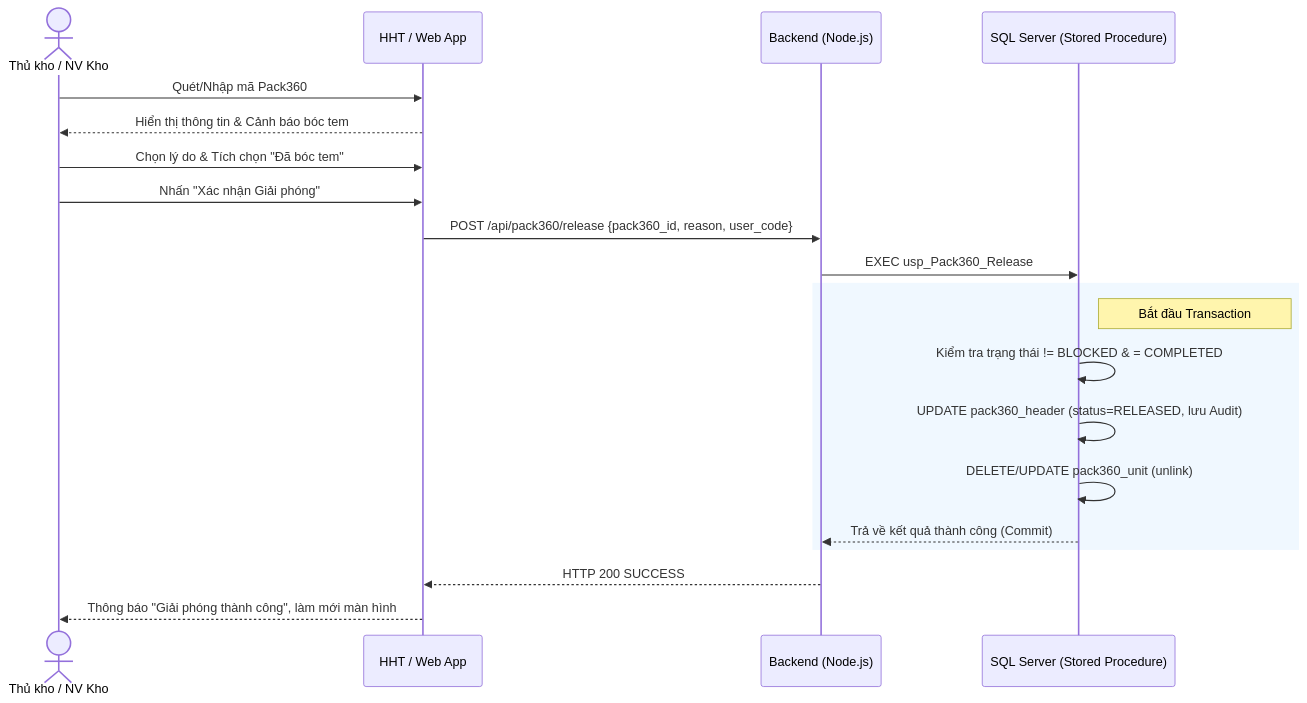
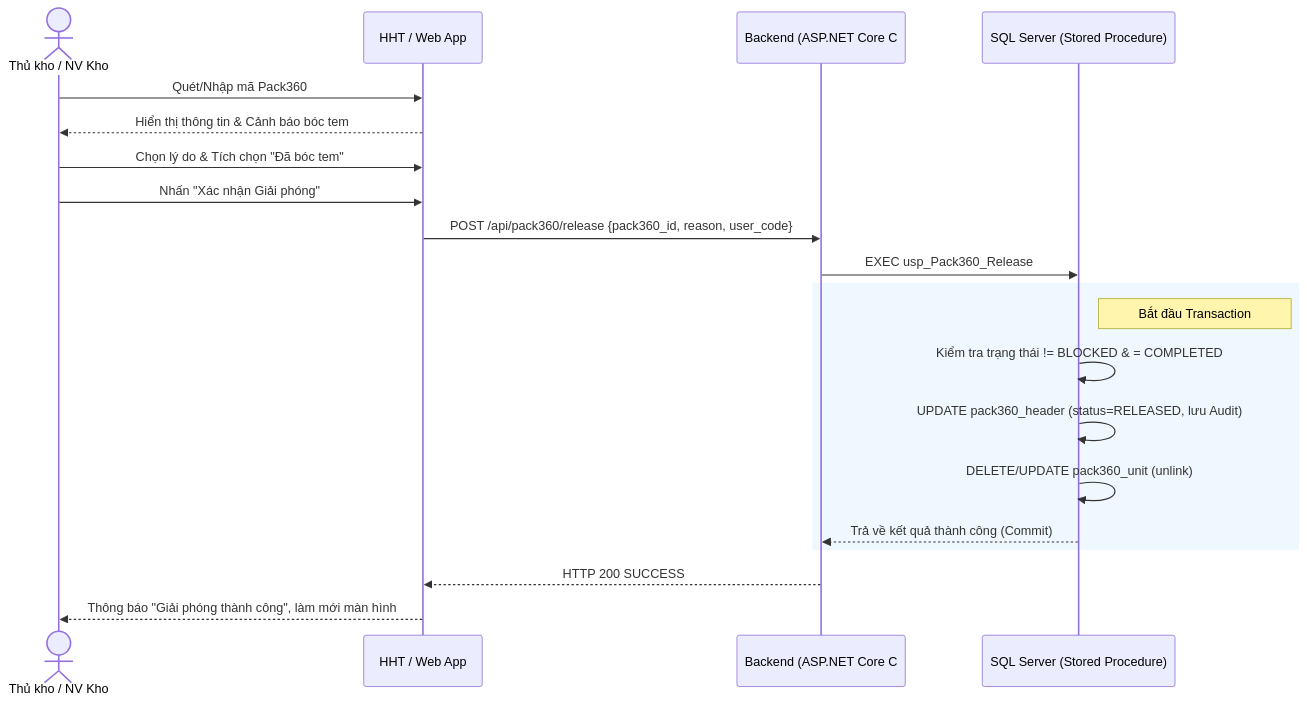
Before and after one commit to Sohoa-KNSG/wms1: the second of 2 diagrams in 02_Process_UseCase/UC08_Release_Pack360.md, drawn with Mermaid. The commit also changed 13 other files, not shown here.

Commit message:
docs: Cập nhật tài liệu thiết kế loại bỏ thông tin backend Node.js

````diff
--- a/02_Process_UseCase/UC08_Release_Pack360.md
+++ b/02_Process_UseCase/UC08_Release_Pack360.md
@@ -60,25 +60,25 @@
 ```mermaid
 sequenceDiagram
     actor TK as Thủ kho / NV Kho
     participant UI as HHT / Web App
-    participant API as Backend (Node.js)
+    participant API as Backend (ASP.NET Core C#)
     participant DB as SQL Server (Stored Procedure)
 
     TK->>UI: Quét/Nhập mã Pack360
     UI-->>TK: Hiển thị thông tin & Cảnh báo bóc tem
     TK->>UI: Chọn lý do & Tích chọn "Đã bóc tem"
     TK->>UI: Nhấn "Xác nhận Giải phóng"
     UI->>API: POST /api/pack360/release {pack360_id, reason, user_code}
     API->>DB: EXEC usp_Pack360_Release
     
     rect rgb(240, 248, 255)
         note right of DB: Bắt đầu Transaction
         DB->>DB: Kiểm tra trạng thái != BLOCKED & = COMPLETED
         DB->>DB: UPDATE pack360_header (status=RELEASED, lưu Audit)
         DB->>DB: DELETE/UPDATE pack360_unit (unlink)
         DB-->>API: Trả về kết quả thành công (Commit)
     end
     
     API-->>UI: HTTP 200 SUCCESS
     UI-->>TK: Thông báo "Giải phóng thành công", làm mới màn hình
 ```
````
